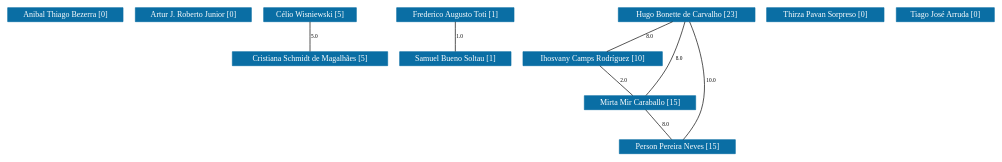
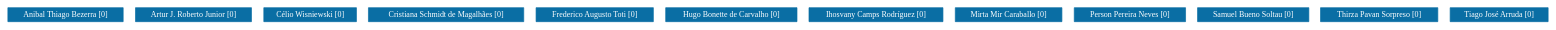
One commit to icamps/unifal-lattes.github.io changed the diagram in df/grafoDeColaboracoesComPesos.dot. Above: the diagram before and after it, drawn with Graphviz. The commit also changed 441 other files, not shown here.

```diff
--- a/df/grafoDeColaboracoesComPesos.dot
+++ b/df/grafoDeColaboracoesComPesos.dot
@@ -1,123 +1,95 @@
 strict graph grafo2 {
-	graph [bb="0,0,1237.5,219",
+	graph [bb="0,0,1919.5,21",
 		id=grafo2,
 		overlap=False
 	];
 	node [fontsize=12,
 		label="\N",
 		shape=rectangle,
 		style=filled
 	];
 	0	 [URL="membro-8478305453281130.html",
 		color="#0A6EA4",
 		fontcolor="#FFFFFF",
 		height=0.29167,
 		label="Anibal Thiago Bezerra [0]",
-		pos="71.5,208.5",
+		pos="71.5,10.5",
 		width=1.9861];
 	1	 [URL="membro-6122155083160820.html",
 		color="#0A6EA4",
 		fontcolor="#FFFFFF",
 		height=0.29167,
 		label="Artur J. Roberto Junior [0]",
-		pos="232.5,208.5",
+		pos="232.5,10.5",
 		width=1.9861];
 	2	 [URL="membro-4055079165002493.html",
 		color="#0A6EA4",
 		fontcolor="#FFFFFF",
 		height=0.29167,
-		label="Célio Wisniewski [5]",
-		pos="380.5,208.5",
+		label="Célio Wisniewski [0]",
+		pos="380.5,10.5",
 		width=1.6111];
 	3	 [URL="membro-1140012060761818.html",
 		color="#0A6EA4",
 		fontcolor="#FFFFFF",
 		height=0.29167,
-		label="Cristiana Schmidt de Magalhães [5]",
-		pos="380.5,142.5",
+		label="Cristiana Schmidt de Magalhães [0]",
+		pos="549.5,10.5",
 		width=2.5833];
-	2 -- 3	 [fontsize=8,
-		label=5.0,
-		lp="385.5,175.5",
-		pos="380.5,197.9 380.5,185.65 380.5,165.62 380.5,153.3"];
 	4	 [URL="membro-5154949759339458.html",
 		color="#0A6EA4",
 		fontcolor="#FFFFFF",
 		height=0.29167,
-		label="Frederico Augusto Toti [1]",
-		pos="560.5,208.5",
+		label="Frederico Augusto Toti [0]",
+		pos="732.5,10.5",
 		width=1.9861];
+	5	 [URL="membro-1642083834158700.html",
+		color="#0A6EA4",
+		fontcolor="#FFFFFF",
+		height=0.29167,
+		label="Hugo Bonette de Carvalho [0]",
+		pos="902.5,10.5",
+		width=2.2361];
+	6	 [URL="membro-3732563704810366.html",
+		color="#0A6EA4",
+		fontcolor="#FFFFFF",
+		height=0.29167,
+		label="Ihosvany Camps Rodríguez [0]",
+		pos="1083.5,10.5",
+		width=2.2778];
+	7	 [URL="membro-6165304398755510.html",
+		color="#0A6EA4",
+		fontcolor="#FFFFFF",
+		height=0.29167,
+		label="Mirta Mir Caraballo [0]",
+		pos="1248.5,10.5",
+		width=1.7917];
+	8	 [URL="membro-2380268778692743.html",
+		color="#0A6EA4",
+		fontcolor="#FFFFFF",
+		height=0.29167,
+		label="Person Pereira Neves [0]",
+		pos="1397.5,10.5",
+		width=1.8472];
 	9	 [URL="membro-4318353199461089.html",
 		color="#0A6EA4",
 		fontcolor="#FFFFFF",
 		height=0.29167,
-		label="Samuel Bueno Soltau [1]",
-		pos="560.5,142.5",
+		label="Samuel Bueno Soltau [0]",
+		pos="1550.5,10.5",
 		width=1.9028];
-	4 -- 9	 [fontsize=8,
-		label=1.0,
-		lp="565.5,175.5",
-		pos="560.5,197.9 560.5,185.65 560.5,165.62 560.5,153.3"];
-	5	 [URL="membro-1642083834158700.html",
-		color="#0A6EA4",
-		fontcolor="#FFFFFF",
-		height=0.29167,
-		label="Hugo Bonette de Carvalho [23]",
-		pos="853.5,208.5",
-		width=2.3194];
-	6	 [URL="membro-3732563704810366.html",
-		color="#0A6EA4",
-		fontcolor="#FFFFFF",
-		height=0.29167,
-		label="Ihosvany Camps Rodríguez [10]",
-		pos="732.5,142.5",
-		width=2.3611];
-	5 -- 6	 [fontsize=8,
-		label=8.0,
-		lp="805.5,175.5",
-		pos="834.06,197.9 811.48,185.58 774.45,165.38 751.89,153.08"];
-	7	 [URL="membro-6165304398755510.html",
-		color="#0A6EA4",
-		fontcolor="#FFFFFF",
-		height=0.29167,
-		label="Mirta Mir Caraballo [15]",
-		pos="795.5,76.5",
-		width=1.875];
-	5 -- 7	 [fontsize=8,
-		label=8.0,
-		lp="840.5,142.5",
-		pos="850.38,197.88 845.84,182.91 836.82,154.85 826.5,132 819.23,115.91 808.94,98.251 802.24,87.272"];
-	8	 [URL="membro-2380268778692743.html",
-		color="#0A6EA4",
-		fontcolor="#FFFFFF",
-		height=0.29167,
-		label="Person Pereira Neves [15]",
-		pos="843.5,10.5",
-		width=1.9306];
-	5 -- 8	 [fontsize=8,
-		label=10.0,
-		lp="882.5,109.5",
-		pos="857.36,197.99 865.56,174.2 883.05,114.52 871.5,66 867.55,49.412 857.81,32.158 850.93,21.38"];
-	6 -- 7	 [fontsize=8,
-		label=2.0,
-		lp="773.5,109.5",
-		pos="742.62,131.9 754.31,119.65 773.43,99.622 785.19,87.297"];
-	7 -- 8	 [fontsize=8,
-		label=8.0,
-		lp="827.5,43.5",
-		pos="803.21,65.896 812.12,53.653 826.68,33.622 835.65,21.297"];
 	10	 [URL="membro-3940703666349048.html",
 		color="#0A6EA4",
 		fontcolor="#FFFFFF",
 		height=0.29167,
 		label="Thirza Pavan Sorpreso [0]",
-		pos="1026.5,208.5",
+		pos="1708.5,10.5",
 		width=1.9722];
 	11	 [URL="membro-2604391010090933.html",
 		color="#0A6EA4",
 		fontcolor="#FFFFFF",
 		height=0.29167,
 		label="Tiago José Arruda [0]",
-		pos="1176.5,208.5",
+		pos="1858.5,10.5",
 		width=1.6944];
 }
```
